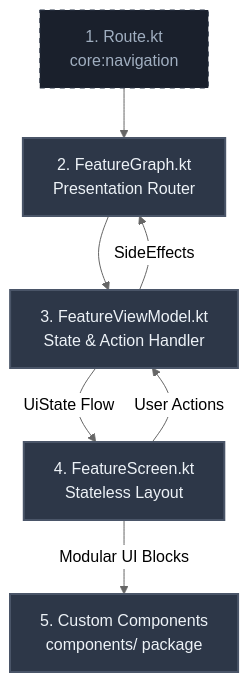
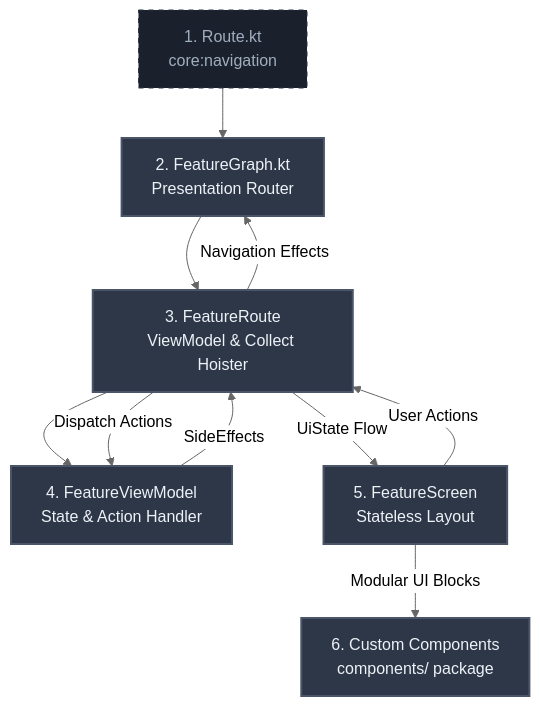
Before and after one commit to impeterwayne/CodeBaseCompose: the diagram in docs/feature_implementation.md, drawn with Mermaid (neutral theme). The commit also changed other lines of this file and 9 other files, not shown here.

````diff
--- a/docs/feature_implementation.md
+++ b/docs/feature_implementation.md
@@ -14,16 +14,19 @@
 ```mermaid
 flowchart TD
     %% Define Nodes
-    Route[1. Route.kt\ncore:navigation] --> Graph[2. FeatureGraph.kt\nPresentation Router]
-    Graph --> VM[3. FeatureViewModel.kt\nState & Action Handler]
-    VM -->|UiState Flow| Screen[4. FeatureScreen.kt\nStateless Layout]
-    Screen -->|User Actions| VM
-    VM -->|SideEffects| Graph
-    Screen -->|Modular UI Blocks| Comp[5. Custom Components\ncomponents/ package]
+    Route["1. Route.kt\ncore:navigation"] --> Graph["2. FeatureGraph.kt\nPresentation Router"]
+    Graph --> FeatureRoute["3. FeatureRoute\nViewModel & Collect Hoister"]
+    FeatureRoute --> VM["4. FeatureViewModel\nState & Action Handler"]
+    FeatureRoute -->|"UiState Flow"| Screen["5. FeatureScreen\nStateless Layout"]
+    Screen -->|"User Actions"| FeatureRoute
+    FeatureRoute -->|"Dispatch Actions"| VM
+    VM -->|"SideEffects"| FeatureRoute
+    FeatureRoute -->|"Navigation Effects"| Graph
+    Screen -->|"Modular UI Blocks"| Comp["6. Custom Components\ncomponents/ package"]
     
     %% Styling
     classDef main fill:#2d3748,stroke:#4a5568,color:#edf2f7,stroke-width:2px;
     classDef external fill:#1a202c,stroke:#2d3748,color:#a0aec0,stroke-dasharray: 5 5;
     class Route external;
-    class Graph,VM,Screen,Comp main;
+    class Graph,FeatureRoute,VM,Screen,Comp main;
 ```
````
